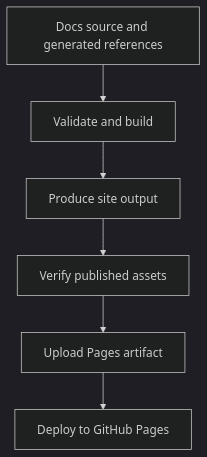
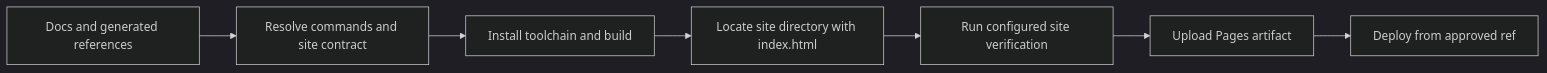
One commit to bijux/bijux-atlas changed the diagram in docs/bijux-atlas-dev/delivery/docs-deploy-pipeline.md. Above: the diagram before and after it, drawn with Mermaid (dark theme). The commit also changed other lines of this file and 2 other files, not shown here.

````diff
--- a/docs/bijux-atlas-dev/delivery/docs-deploy-pipeline.md
+++ b/docs/bijux-atlas-dev/delivery/docs-deploy-pipeline.md
@@ -17,8 +18,9 @@
 ```mermaid
-flowchart TD
-    Source[Docs source and generated references] --> Validate[Validate and build]
-    Validate --> Site[Produce site output]
-    Site --> Assets[Verify published assets]
-    Assets --> Upload[Upload Pages artifact]
-    Upload --> Deploy[Deploy to GitHub Pages]
+flowchart LR
+    Source[Docs and generated references] --> Resolve[Resolve commands and site contract]
+    Resolve --> Build[Install toolchain and build]
+    Build --> Locate[Locate site directory with index.html]
+    Locate --> Verify[Run configured site verification]
+    Verify --> Upload[Upload Pages artifact]
+    Upload --> Deploy[Deploy from approved ref]
 ```
````
